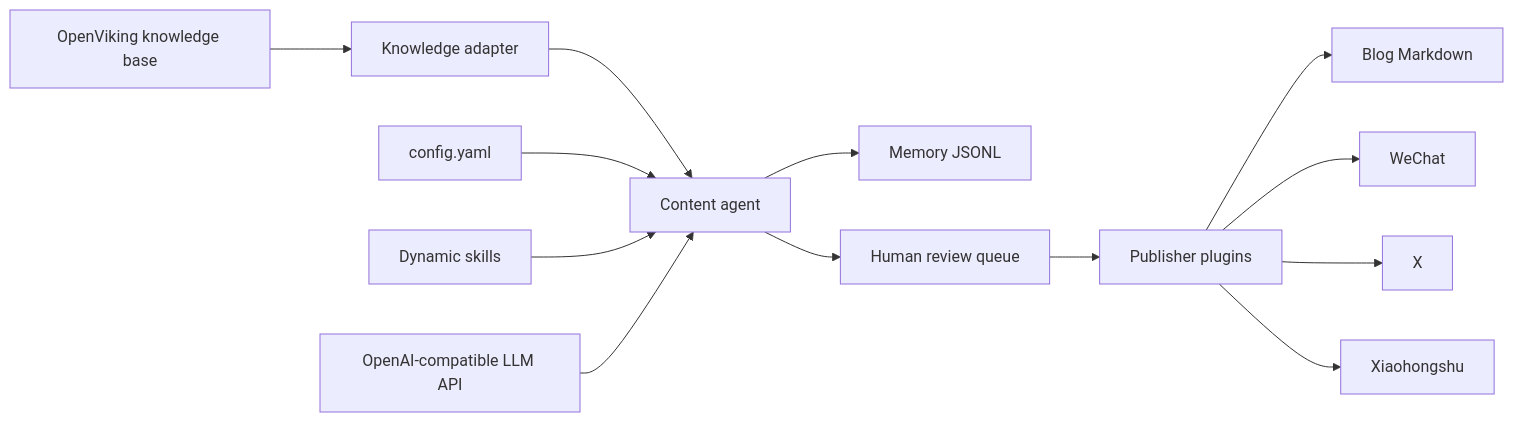
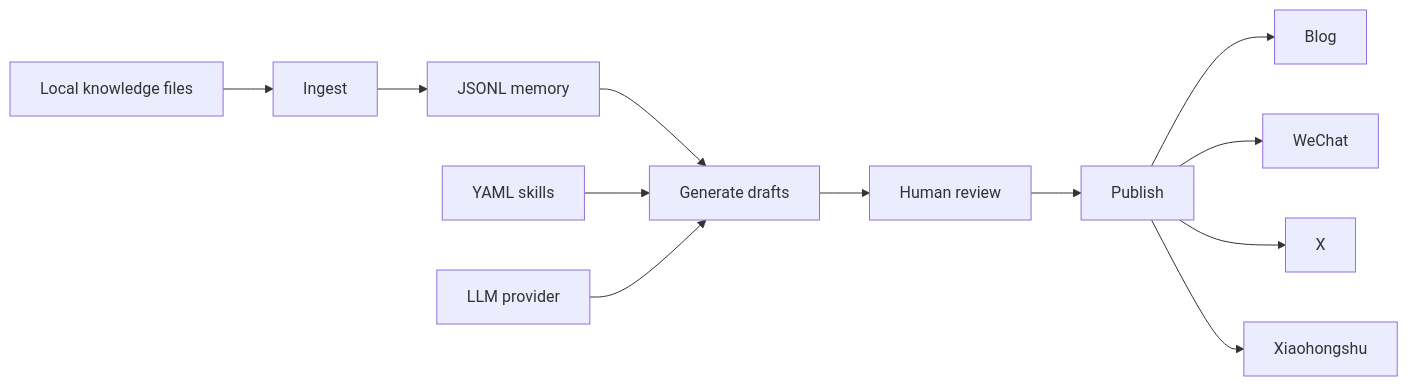
The diagram in README.md (skyloevil/OpenSkald), drawn with Mermaid before and after one commit. The commit also changed other lines of this file and 9 other files, not shown here.

````diff
--- a/README.md
+++ b/README.md
@@ -9,15 +57,14 @@
 ```mermaid
 flowchart LR
-  KB["OpenViking knowledge base"] --> K["Knowledge adapter"]
-  K --> A["Content agent"]
-  C["config.yaml"] --> A
-  S["Dynamic skills"] --> A
-  L["OpenAI-compatible LLM API"] --> A
-  A --> M["Memory JSONL"]
-  A --> R["Human review queue"]
-  R --> P["Publisher plugins"]
-  P --> B["Blog Markdown"]
+  K["Local knowledge files"] --> I["Ingest"]
+  I --> M["JSONL memory"]
+  M --> G["Generate drafts"]
+  S["YAML skills"] --> G
+  L["LLM provider"] --> G
+  G --> R["Human review"]
+  R --> P["Publish"]
+  P --> B["Blog"]
   P --> W["WeChat"]
   P --> X["X"]
-  P --> XHS["Xiaohongshu"]
+  P --> H["Xiaohongshu"]
 ```
````
